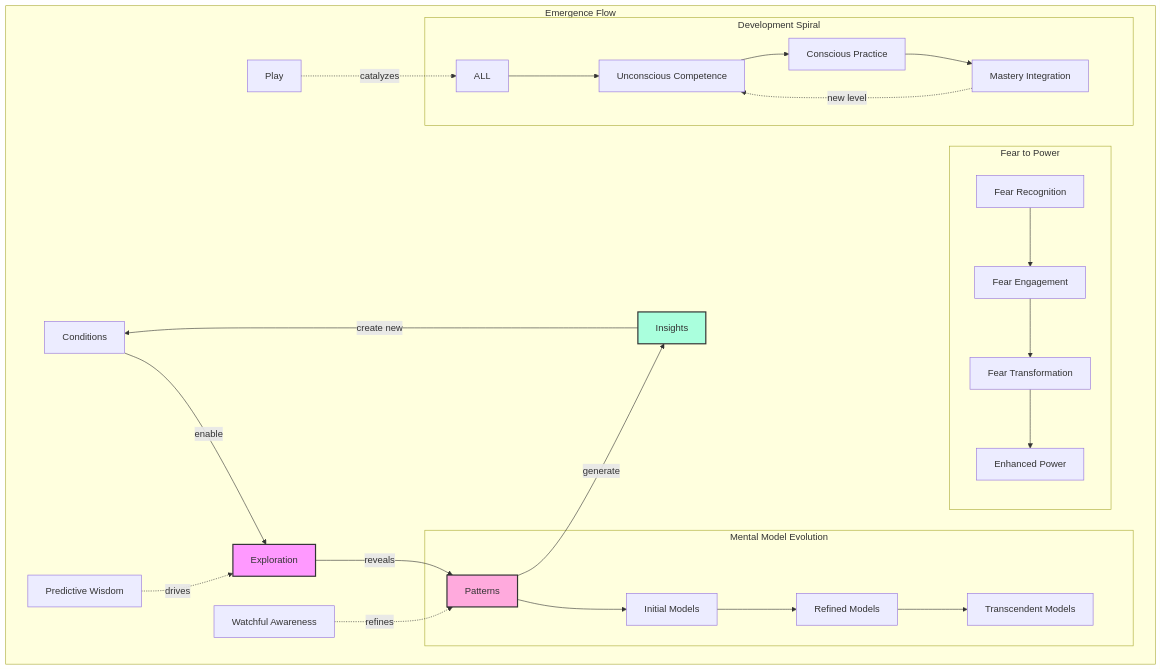
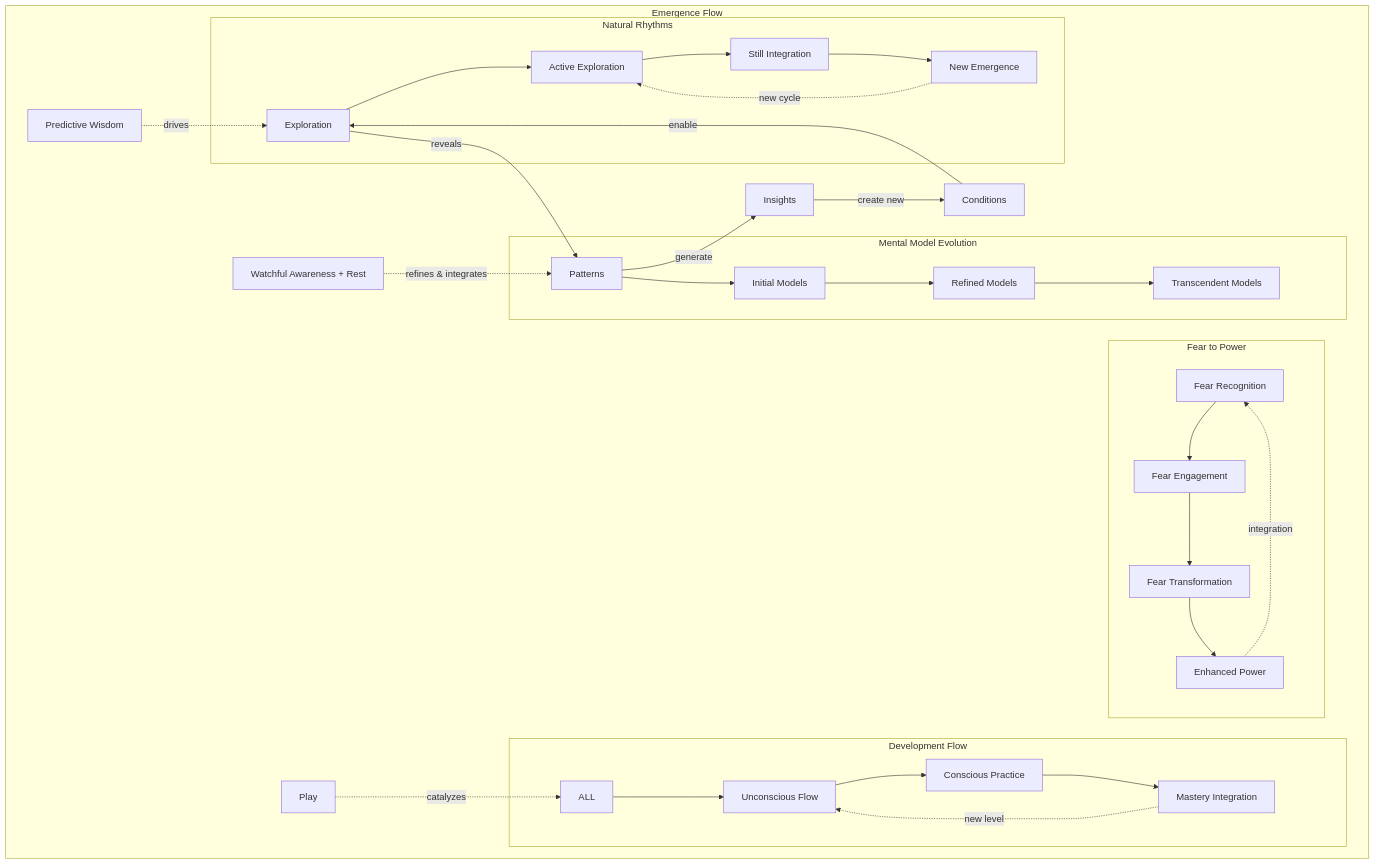
One commit to phillipclapham/neuroweaver changed the ninth of 53 diagrams in README.md. Above: the diagram before and after it, drawn with Mermaid. The commit also changed other lines of this file, not shown here.

````diff
--- a/README.md
+++ b/README.md
@@ -550,36 +575,40 @@
 ```mermaid
 graph TD
     subgraph "Emergence Flow"
         C[Conditions] -->|enable| E[Exploration]
         E -->|reveals| P[Patterns]
         P -->|generate| I[Insights]
         I -->|create new| C
 
         PW[Predictive Wisdom] -.->|drives| E
-        WA[Watchful Awareness] -.->|refines| P
+        WA_R[Watchful Awareness + Rest] -.->|refines & integrates| P
         Play[Play] -.->|catalyzes| ALL
 
         subgraph "Fear to Power"
             F[Fear Recognition] --> FE[Fear Engagement]
             FE --> FT[Fear Transformation]
             FT --> EP[Enhanced Power]
+            EP -.->|integration| F
         end
 
         subgraph "Mental Model Evolution"
             P --> MM1[Initial Models]
             MM1 --> MM2[Refined Models]
             MM2 --> MM3[Transcendent Models]
         end
 
-        subgraph "Development Spiral"
-            ALL --> U[Unconscious Competence]
+        subgraph "Development Flow"
+            ALL --> U[Unconscious Flow]
             U --> C1[Conscious Practice]
             C1 --> M[Mastery Integration]
             M -.->|new level| U
         end
+
+        subgraph "Natural Rhythms"
+            E --> AC[Active Exploration]
+            AC --> SI[Still Integration]
+            SI --> NE[New Emergence]
+            NE -.->|new cycle| AC
+        end
     end
-
-    style E fill:#f9f,stroke:#333,stroke-width:2px
-    style P fill:#fad,stroke:#333,stroke-width:2px
-    style I fill:#afd,stroke:#333,stroke-width:2px
 ```
````
